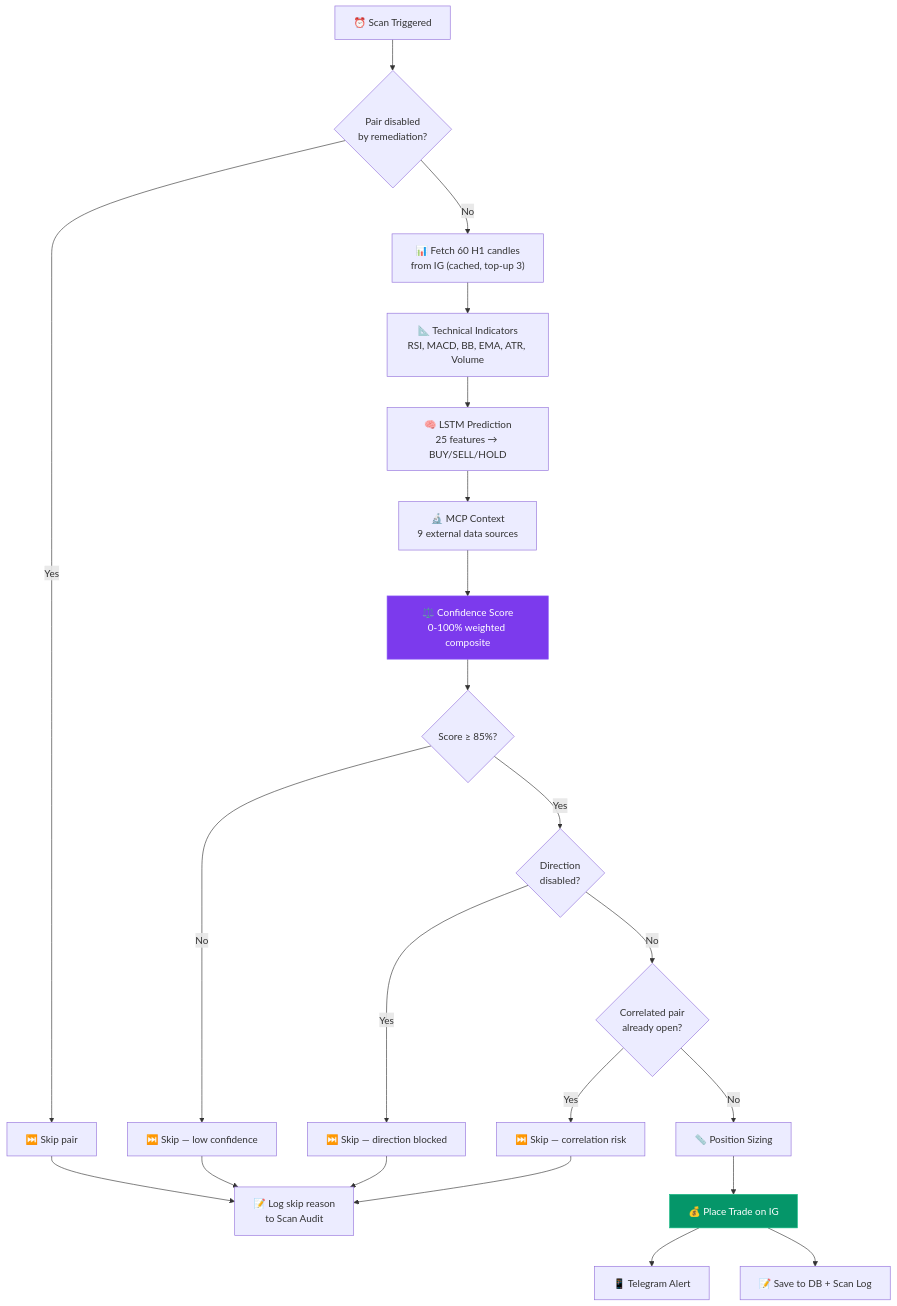
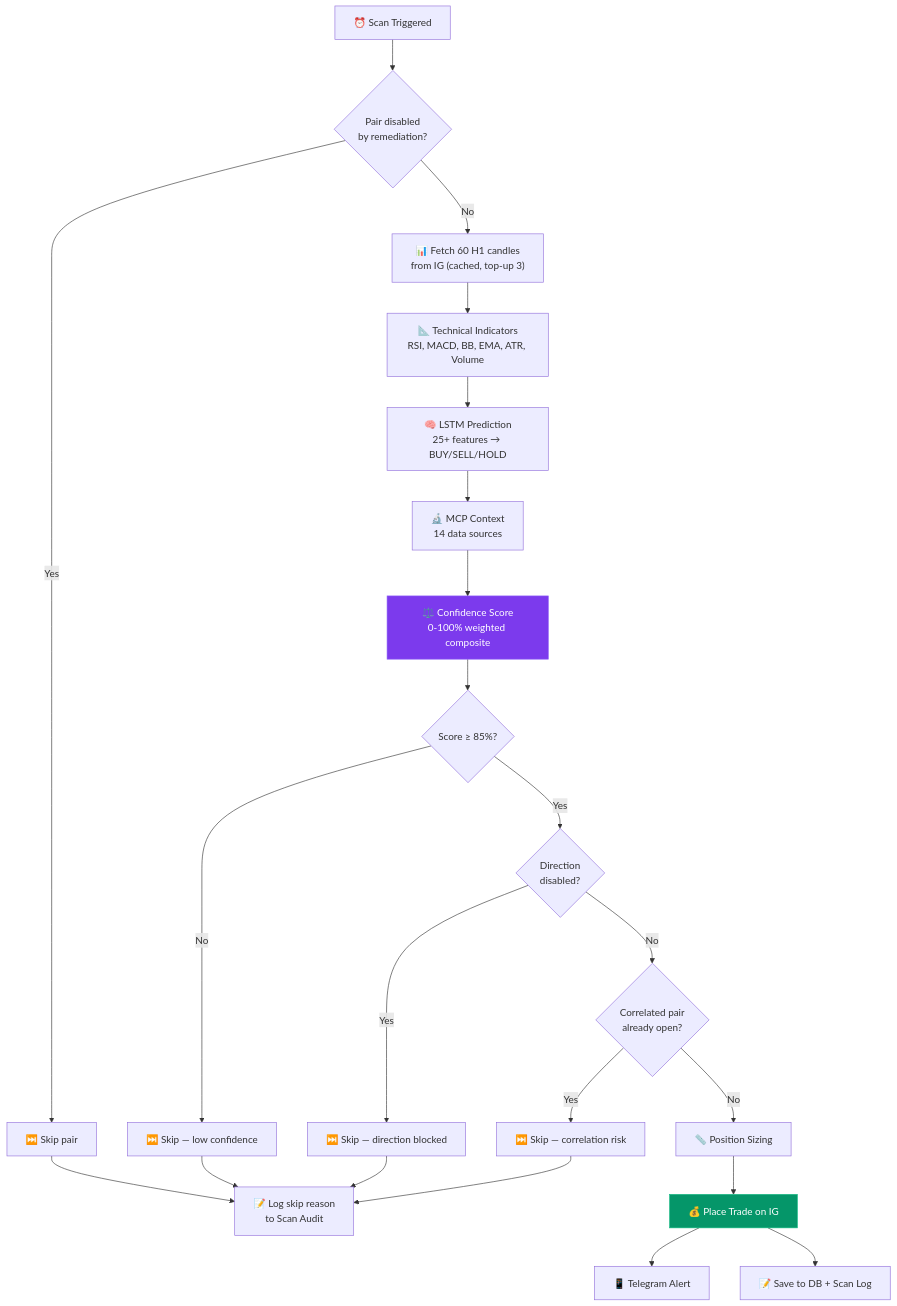
One commit to joegooderham/ai-trader-bot changed the first of 4 diagrams in docs/Trading-Logic.md. Above: the diagram before and after it, drawn with Mermaid. The commit also changed other lines of this file and 8 other files, not shown here.

First line of the commit message:
docs: update all documentation for 14 data sources, FinBERT, VIX/DXY/yield

````diff
--- a/docs/Trading-Logic.md
+++ b/docs/Trading-Logic.md
@@ -11,28 +11,28 @@
 ```mermaid
 flowchart TD
     SCAN["⏰ Scan Triggered"] --> DISABLED{"Pair disabled<br/>by remediation?"}
     DISABLED -->|Yes| SKIP_PAIR["⏭️ Skip pair"]
     DISABLED -->|No| CANDLES["📊 Fetch 60 H1 candles<br/>from IG (cached, top-up 3)"]
 
     CANDLES --> TECH["📐 Technical Indicators<br/>RSI, MACD, BB, EMA, ATR, Volume"]
-    TECH --> LSTM["🧠 LSTM Prediction<br/>25 features → BUY/SELL/HOLD"]
-    LSTM --> MCP["🔬 MCP Context<br/>9 external data sources"]
+    TECH --> LSTM["🧠 LSTM Prediction<br/>25+ features → BUY/SELL/HOLD"]
+    LSTM --> MCP["🔬 MCP Context<br/>14 data sources"]
     MCP --> SCORE["⚖️ Confidence Score<br/>0-100% weighted composite"]
 
     SCORE --> THRESHOLD{"Score ≥ 85%?"}
     THRESHOLD -->|No| SKIP_CONF["⏭️ Skip — low confidence"]
     THRESHOLD -->|Yes| DIR_CHECK{"Direction<br/>disabled?"}
     DIR_CHECK -->|Yes| SKIP_DIR["⏭️ Skip — direction blocked"]
     DIR_CHECK -->|No| CORR{"Correlated pair<br/>already open?"}
     CORR -->|Yes| SKIP_CORR["⏭️ Skip — correlation risk"]
     CORR -->|No| SIZE["📏 Position Sizing"]
 
     SIZE --> TRADE["💰 Place Trade on IG"]
     TRADE --> NOTIFY["📱 Telegram Alert"]
     TRADE --> LOG["📝 Save to DB + Scan Log"]
 
     SKIP_PAIR & SKIP_CONF & SKIP_DIR & SKIP_CORR --> AUDIT["📝 Log skip reason<br/>to Scan Audit"]
 
     style TRADE fill:#059669,stroke:#10b981,color:#fff
     style SCORE fill:#7c3aed,stroke:#8b5cf6,color:#fff
 ```
````
